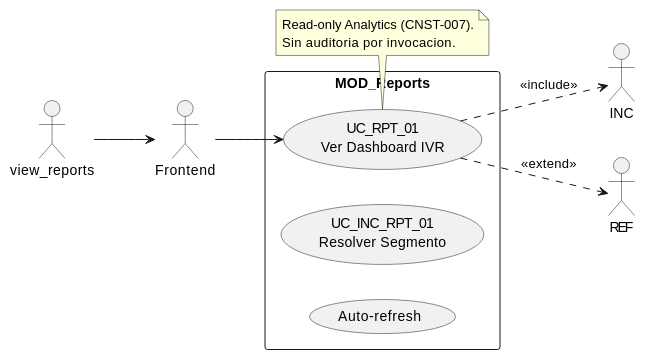
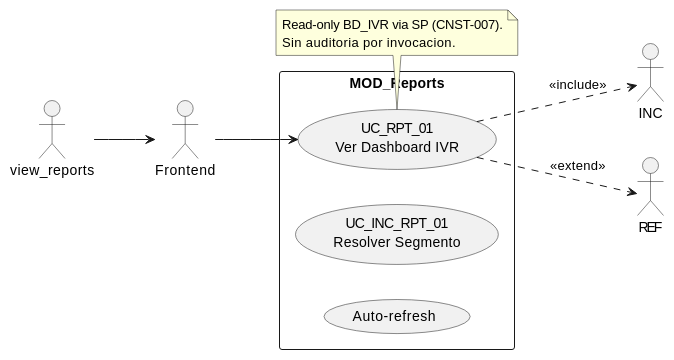
Before and after one commit to jcg-admin/IACT-docs: the diagram in source/requisitos/casos-uso/reports/uc-rpt-01/diagramas-uml/diagrama-de-caso-de-uso.rst, drawn with PlantUML. The commit also changed 13 other files, not shown here.

```diff
--- a/source/requisitos/casos-uso/reports/uc-rpt-01/diagramas-uml/diagrama-de-caso-de-uso.rst
+++ b/source/requisitos/casos-uso/reports/uc-rpt-01/diagramas-uml/diagrama-de-caso-de-uso.rst
@@ -4,26 +4,26 @@
 .. uml::
  :caption: UC_RPT_01 — dashboard
 
  @startuml
  left to right direction
 
  actor "view_reports" as view_reports
  actor "Frontend" as Frontend
 
  rectangle "MOD_Reports" {
    usecase "UC_INC_RPT_01\nResolver Segmento" as IncludeUC
    usecase "UC_RPT_01\nVer Dashboard IVR" as UC_RPT_01
    usecase "Auto-refresh" as ReferenciaExterna
  }
 
  view_reports --> Frontend
  Frontend --> UC_RPT_01
  UC_RPT_01 ..> INC : <<include>>
  UC_RPT_01 ..> REF : <<extend>>
 
  note bottom of UC_RPT_01
-   Read-only Analytics (CNST-007).
+   Read-only BD_IVR via SP (CNST-007).
    Sin auditoria por invocacion.
  end note
 
  @enduml
```
